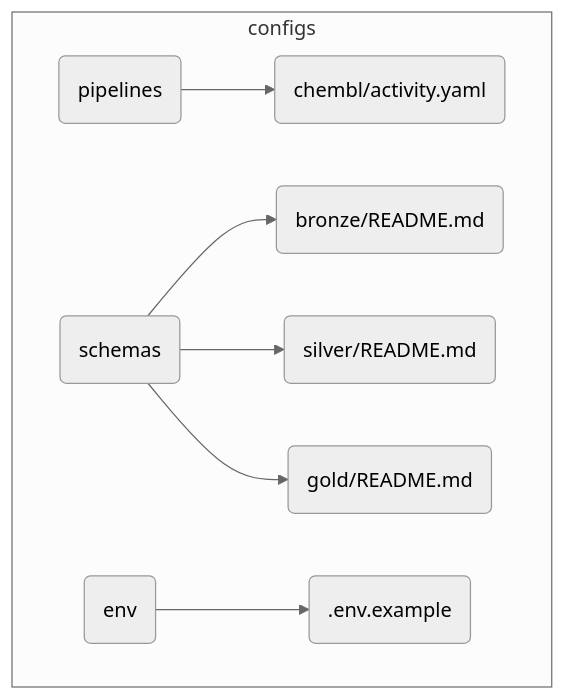
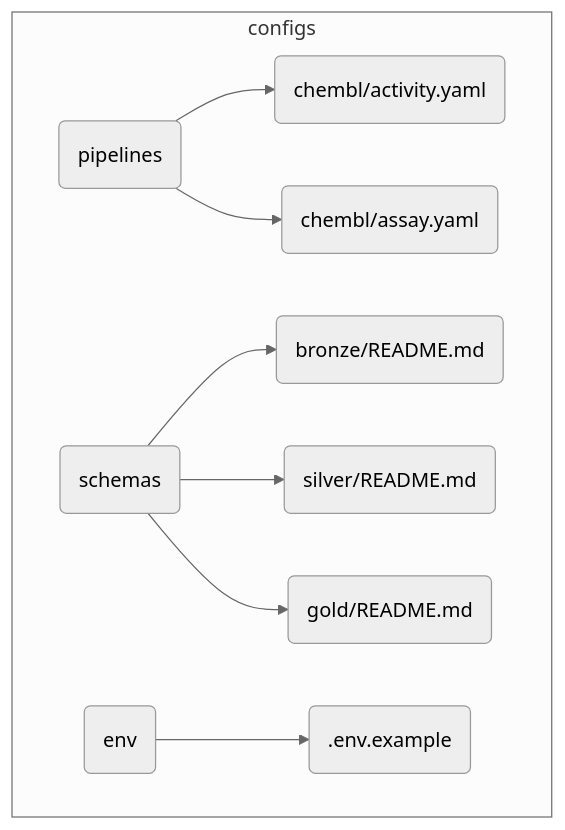
The diagram in docs/00-map.md (SatoryKono/BioactivityDataAcquisition), drawn with Mermaid (neutral theme) before and after one commit. The commit also changed 5 other files, not shown here.

````diff
--- a/docs/00-map.md
+++ b/docs/00-map.md
@@ -198,11 +198,12 @@
 ```mermaid
 graph TD
     subgraph configs
         direction LR
         A(pipelines) --> A1("chembl/activity.yaml")
+        A --> A2("chembl/assay.yaml")
         B(schemas) --> B1("bronze/README.md")
         B --> B2("silver/README.md")
         B --> B3("gold/README.md")
         C(env) --> C1(".env.example")
     end
 ```
````
